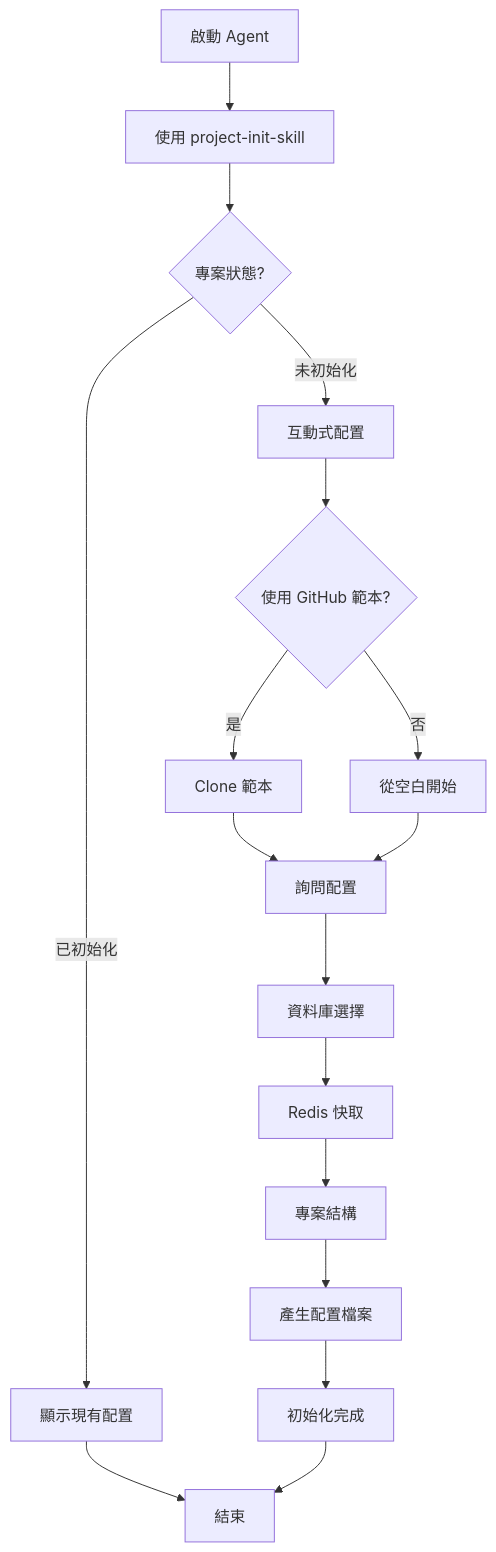
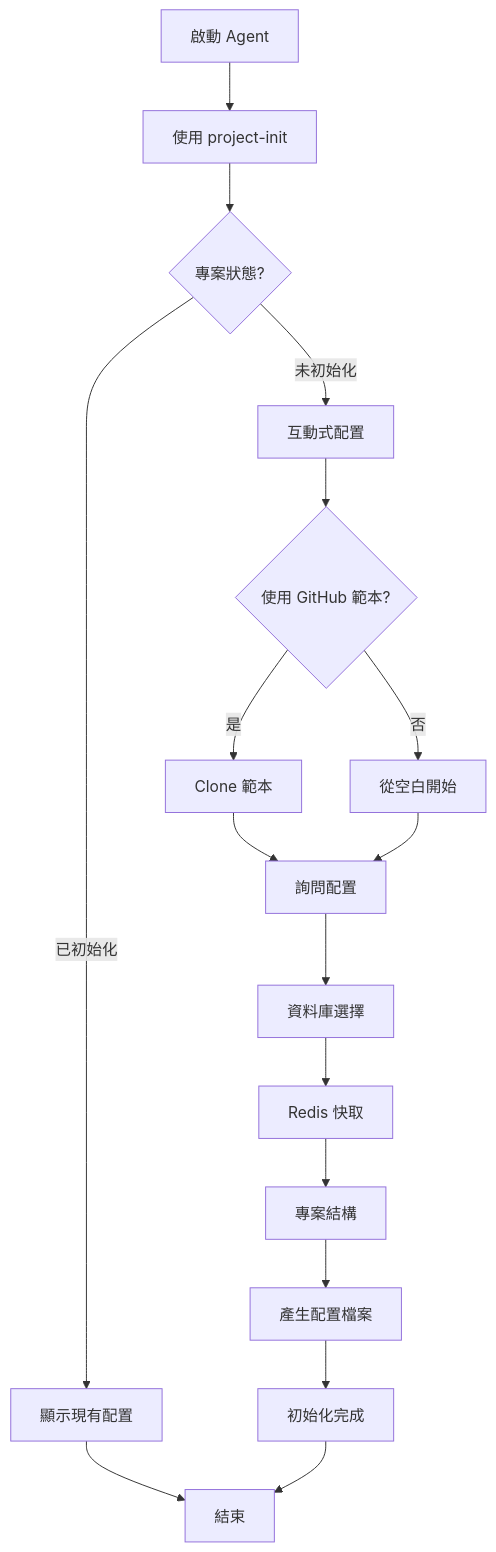
One commit to yaochangyu/api.template changed the diagram in .github/dotnet-contribution-claude-1/agents/project-setup-agent/agent.md. Above: the diagram before and after it, drawn with Mermaid. The commit also changed other lines of this file and 25 other files, not shown here.

````diff
--- a/.github/dotnet-contribution-claude-1/agents/project-setup-agent/agent.md
+++ b/.github/dotnet-contribution-claude-1/agents/project-setup-agent/agent.md
@@ -14,19 +14,19 @@
 ```mermaid
 graph TD
-    A[啟動 Agent] --> B[使用 project-init-skill]
+    A[啟動 Agent] --> B[使用 project-init]
     B --> C{專案狀態?}
     C -->|已初始化| D[顯示現有配置]
     C -->|未初始化| E[互動式配置]
     E --> F{使用 GitHub 範本?}
     F -->|是| G[Clone 範本]
     F -->|否| H[從空白開始]
     G --> I[詢問配置]
     H --> I
     I --> J[資料庫選擇]
     J --> K[Redis 快取]
     K --> L[專案結構]
     L --> M[產生配置檔案]
     M --> N[初始化完成]
     D --> O[結束]
     N --> O
 ```
````
